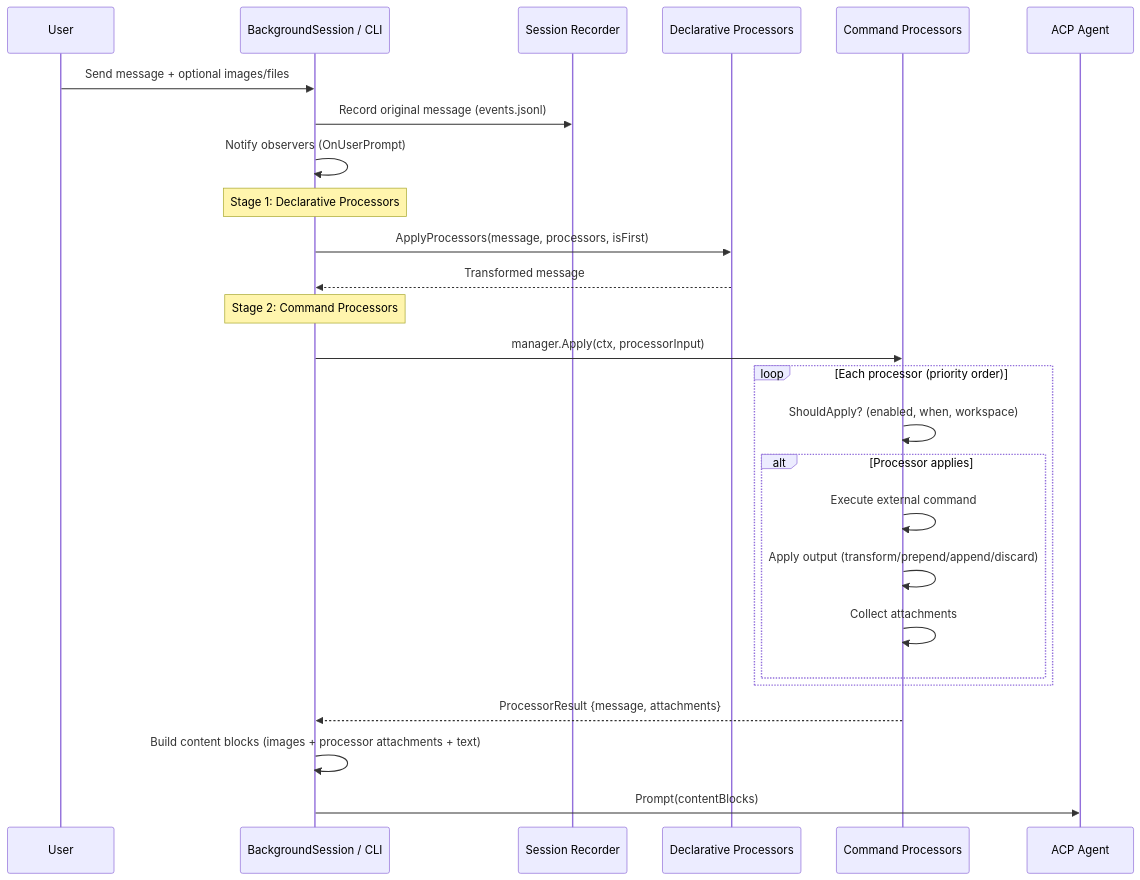
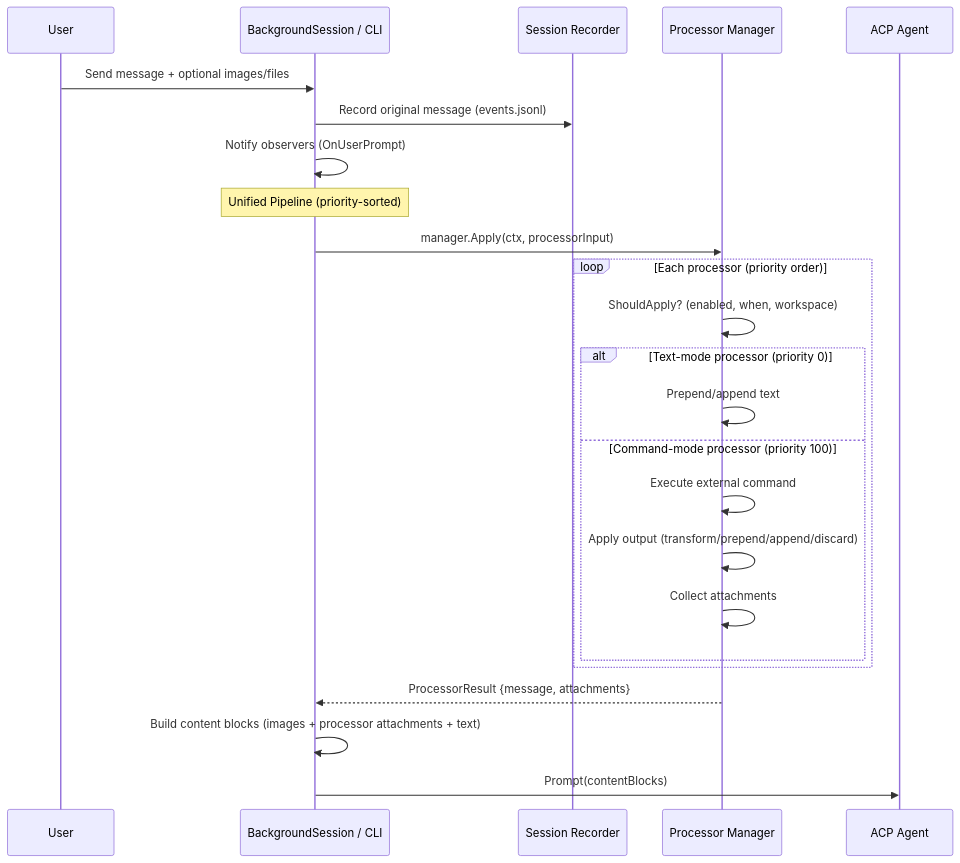
Before and after one commit to inercia/mitto: the first of 3 diagrams in docs/devel/processors.md, drawn with Mermaid. The commit also changed other lines of this file and 6 other files, not shown here.

````diff
--- a/docs/devel/processors.md
+++ b/docs/devel/processors.md
@@ -16,33 +16,30 @@
 ```mermaid
 sequenceDiagram
     participant User
     participant Session as BackgroundSession / CLI
     participant Rec as Session Recorder
-    participant Proc as Declarative Processors
-    participant CmdProc as Command Processors
+    participant ProcMgr as Processor Manager
     participant ACP as ACP Agent
 
     User->>Session: Send message + optional images/files
     Session->>Rec: Record original message (events.jsonl)
     Session->>Session: Notify observers (OnUserPrompt)
 
-    Note over Session: Stage 1: Declarative Processors
-    Session->>Proc: ApplyProcessors(message, processors, isFirst)
-    Proc-->>Session: Transformed message
-
-    Note over Session: Stage 2: Command Processors
-    Session->>CmdProc: manager.Apply(ctx, processorInput)
+    Note over Session: Unified Pipeline (priority-sorted)
+    Session->>ProcMgr: manager.Apply(ctx, processorInput)
 
     loop Each processor (priority order)
-        CmdProc->>CmdProc: ShouldApply? (enabled, when, workspace)
-        alt Processor applies
-            CmdProc->>CmdProc: Execute external command
-            CmdProc->>CmdProc: Apply output (transform/prepend/append/discard)
-            CmdProc->>CmdProc: Collect attachments
+        ProcMgr->>ProcMgr: ShouldApply? (enabled, when, workspace)
+        alt Text-mode processor (priority 0)
+            ProcMgr->>ProcMgr: Prepend/append text
+        else Command-mode processor (priority 100)
+            ProcMgr->>ProcMgr: Execute external command
+            ProcMgr->>ProcMgr: Apply output (transform/prepend/append/discard)
+            ProcMgr->>ProcMgr: Collect attachments
         end
     end
-    CmdProc-->>Session: ProcessorResult {message, attachments}
+    ProcMgr-->>Session: ProcessorResult {message, attachments}
 
     Session->>Session: Build content blocks (images + processor attachments + text)
     Session->>ACP: Prompt(contentBlocks)
 ```
````
